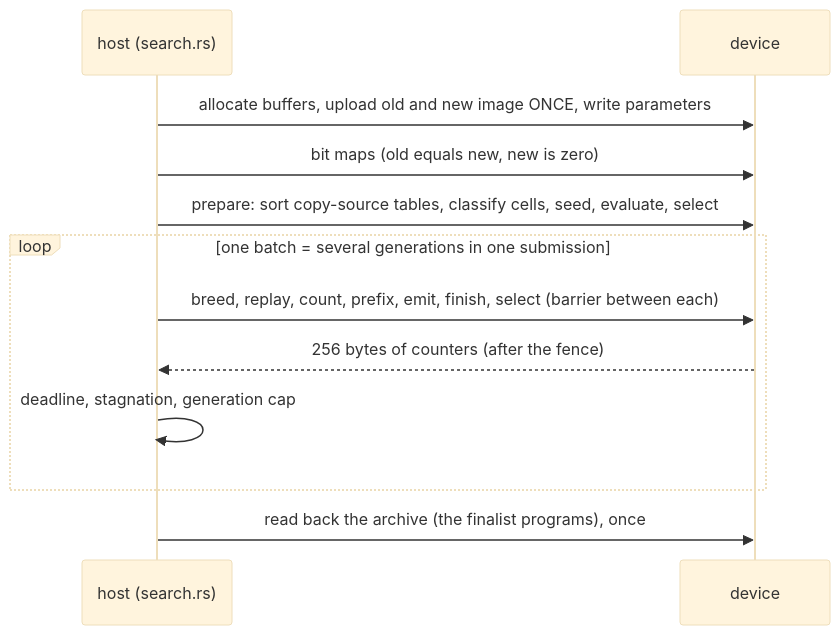
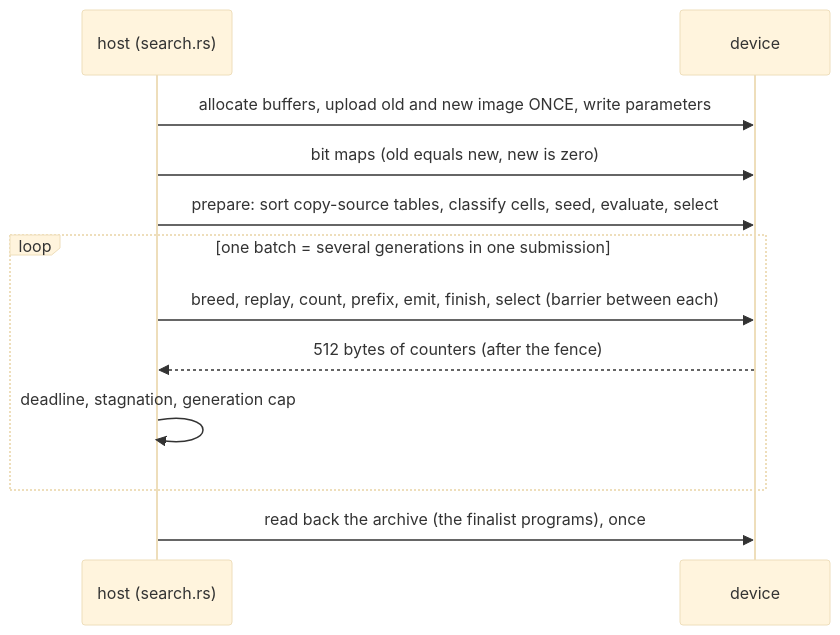
One commit to thives/delta-update.rs changed the fourth of 13 diagrams in docs/generator.md. Above: the diagram before and after it, drawn with Mermaid (base theme). The commit also changed other lines of this file and 26 other files, not shown here.

````diff
--- a/docs/generator.md
+++ b/docs/generator.md
@@ -359,14 +359,14 @@
 ```mermaid
 sequenceDiagram
     participant H as host (search.rs)
     participant D as device
     H->>D: allocate buffers, upload old and new image ONCE, write parameters
     H->>D: bit maps (old equals new, new is zero)
     H->>D: prepare: sort copy-source tables, classify cells, seed, evaluate, select
     loop one batch = several generations in one submission
         H->>D: breed, replay, count, prefix, emit, finish, select (barrier between each)
-        D-->>H: 256 bytes of counters (after the fence)
+        D-->>H: 512 bytes of counters (after the fence)
         H->>H: deadline, stagnation, generation cap
     end
     H->>D: read back the archive (the finalist programs), once
 ```
````
